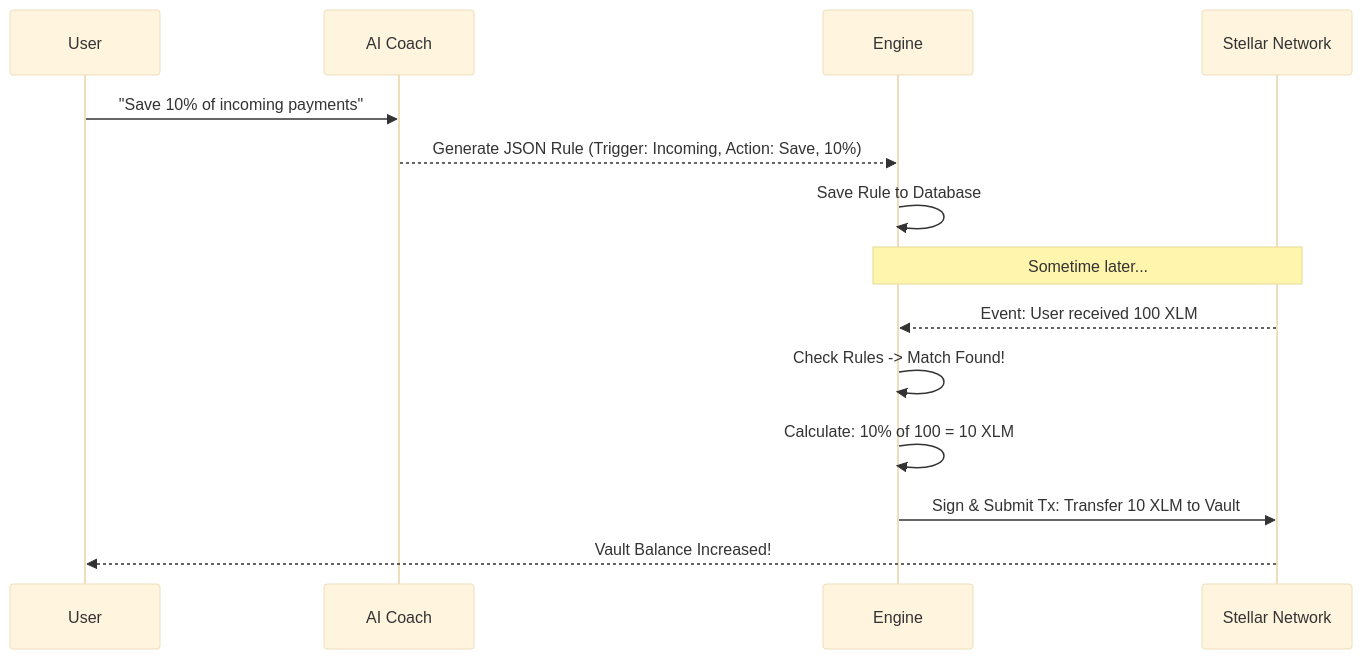
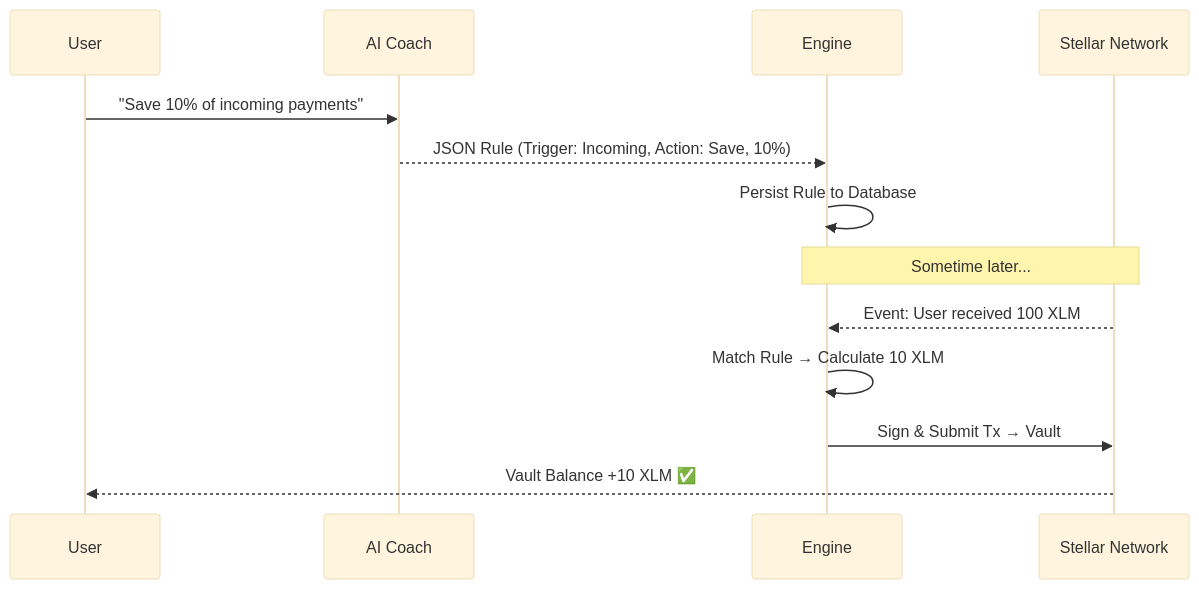
Before and after one commit to thisisouvik/autopilot: the second of 2 diagrams in README.md, drawn with Mermaid (base theme). The commit also changed other lines of this file and 2 other files, not shown here.

````diff
--- a/README.md
+++ b/README.md
@@ -185,18 +109,17 @@
 ```mermaid
 sequenceDiagram
     participant User
     participant AI Coach
     participant Engine
     participant Stellar Network
 
     User->>AI Coach: "Save 10% of incoming payments"
-    AI Coach-->>Engine: Generate JSON Rule (Trigger: Incoming, Action: Save, 10%)
-    Engine->>Engine: Save Rule to Database
-    
+    AI Coach-->>Engine: JSON Rule (Trigger: Incoming, Action: Save, 10%)
+    Engine->>Engine: Persist Rule to Database
+
     Note over Stellar Network, Engine: Sometime later...
     Stellar Network-->>Engine: Event: User received 100 XLM
-    Engine->>Engine: Check Rules -> Match Found!
-    Engine->>Engine: Calculate: 10% of 100 = 10 XLM
-    Engine->>Stellar Network: Sign & Submit Tx: Transfer 10 XLM to Vault
-    Stellar Network-->>User: Vault Balance Increased!
+    Engine->>Engine: Match Rule → Calculate 10 XLM
+    Engine->>Stellar Network: Sign & Submit Tx → Vault
+    Stellar Network-->>User: Vault Balance +10 XLM ✅
 ```
````
